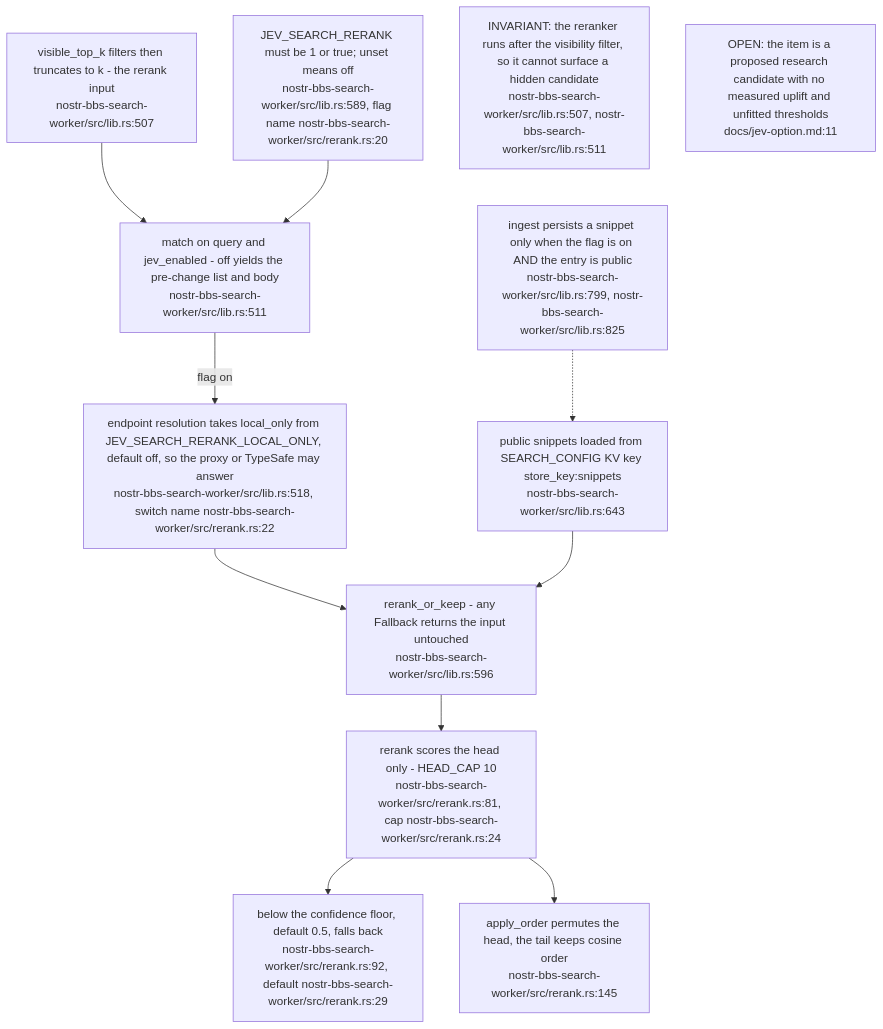
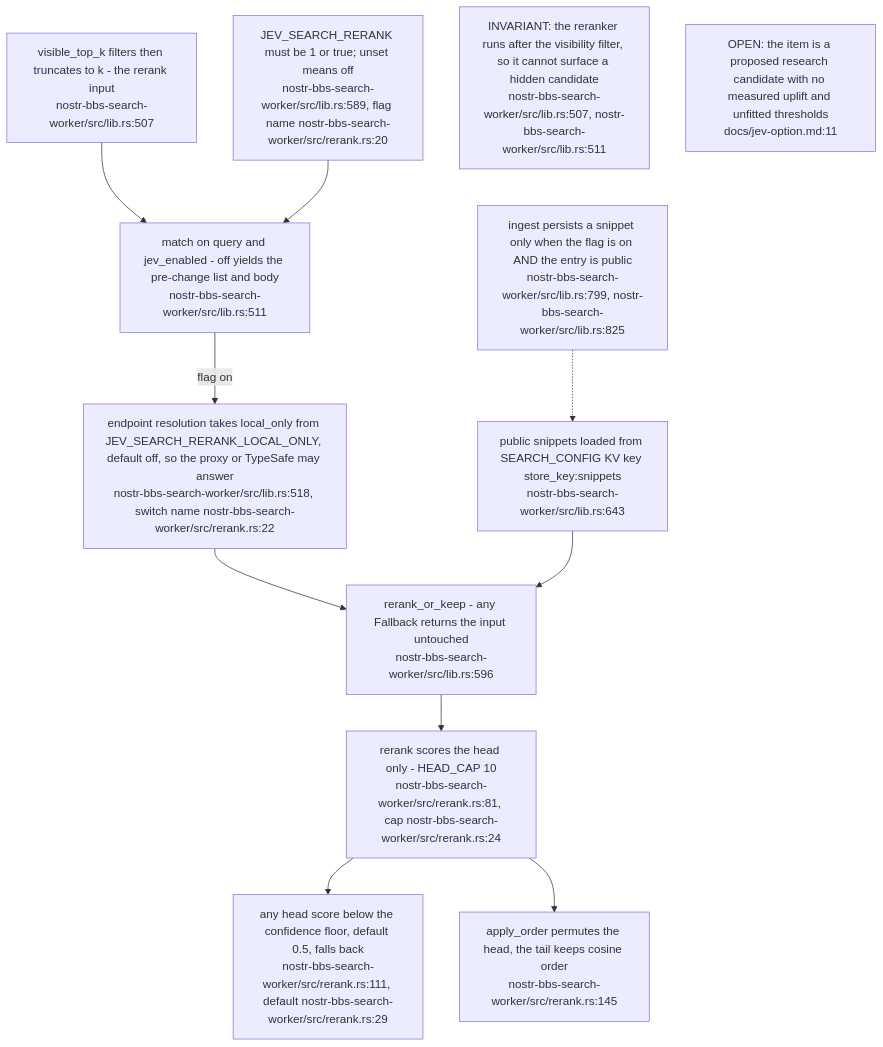
One commit to DreamLab-AI/VisionFlow changed the ninth of 9 diagrams in docs/diagrams/nostr-rust-forum/07-search-preview-and-shared-worker-utilities.md. Above: the diagram before and after it, drawn with Mermaid. The commit also changed other lines of this file and 91 other files, not shown here.

````diff
--- a/docs/diagrams/nostr-rust-forum/07-search-preview-and-shared-worker-utilities.md
+++ b/docs/diagrams/nostr-rust-forum/07-search-preview-and-shared-worker-utilities.md
@@ -236,25 +242,25 @@
 ```mermaid
 flowchart TB
     FLAG["JEV_SEARCH_RERANK must be 1 or true; unset means off<br/>nostr-bbs-search-worker/src/lib.rs:589, flag name nostr-bbs-search-worker/src/rerank.rs:20"]
     VIS["visible_top_k filters then truncates to k - the rerank input<br/>nostr-bbs-search-worker/src/lib.rs:507"]
     GATE["match on query and jev_enabled - off yields the pre-change list and body<br/>nostr-bbs-search-worker/src/lib.rs:511"]
     KEEP["rerank_or_keep - any Fallback returns the input untouched<br/>nostr-bbs-search-worker/src/lib.rs:596"]
     SNIP["public snippets loaded from SEARCH_CONFIG KV key store_key:snippets<br/>nostr-bbs-search-worker/src/lib.rs:643"]
     RR["rerank scores the head only - HEAD_CAP 10<br/>nostr-bbs-search-worker/src/rerank.rs:81, cap nostr-bbs-search-worker/src/rerank.rs:24"]
-    LOW["below the confidence floor, default 0.5, falls back<br/>nostr-bbs-search-worker/src/rerank.rs:92, default nostr-bbs-search-worker/src/rerank.rs:29"]
+    LOW["any head score below the confidence floor, default 0.5, falls back<br/>nostr-bbs-search-worker/src/rerank.rs:111, default nostr-bbs-search-worker/src/rerank.rs:29"]
     ORD["apply_order permutes the head, the tail keeps cosine order<br/>nostr-bbs-search-worker/src/rerank.rs:145"]
     LOC["endpoint resolution takes local_only from JEV_SEARCH_RERANK_LOCAL_ONLY, default off, so the proxy or TypeSafe may answer<br/>nostr-bbs-search-worker/src/lib.rs:518, switch name nostr-bbs-search-worker/src/rerank.rs:22"]
     ING["ingest persists a snippet only when the flag is on AND the entry is public<br/>nostr-bbs-search-worker/src/lib.rs:799, nostr-bbs-search-worker/src/lib.rs:825"]
 
     VIS --> GATE
     FLAG --> GATE
     GATE -->|"flag on"| LOC --> KEEP
     SNIP --> KEEP
     KEEP --> RR
     RR --> LOW
     RR --> ORD
     ING -.-> SNIP
 
     N1["INVARIANT: the reranker runs after the visibility filter, so it cannot surface a hidden candidate<br/>nostr-bbs-search-worker/src/lib.rs:507, nostr-bbs-search-worker/src/lib.rs:511"]
     N2["OPEN: the item is a proposed research candidate with no measured uplift and unfitted thresholds<br/>docs/jev-option.md:11"]
 ```
````
